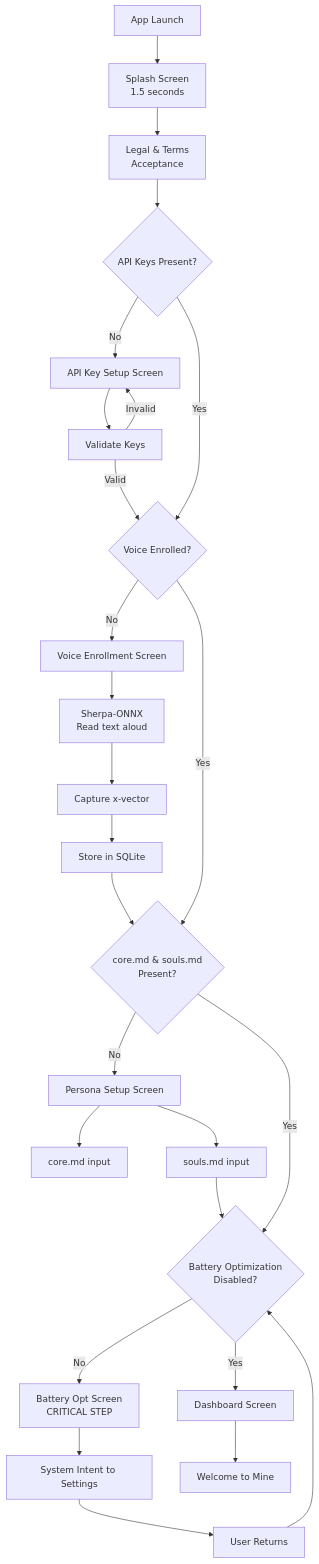
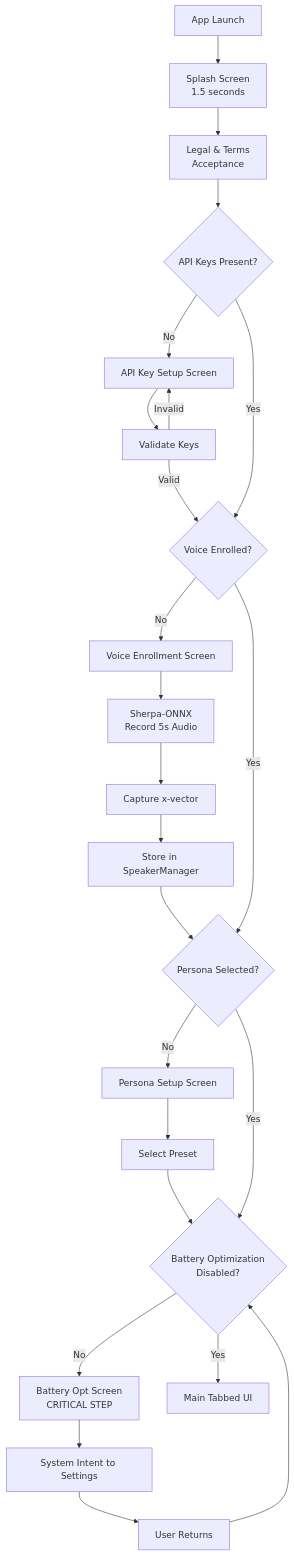
One commit to AtharvRG/Mine changed the diagram in 14 - User Flow_ Onboarding.md. Above: the diagram before and after it, drawn with Mermaid. The commit also changed other lines of this file and 18 other files, not shown here.

Commit message:
Update infrastructure and architecture documentation to reflect new system design, including the 3-Key Architecture for API usage, local vector database integration, and updated component stack.

````diff
--- a/14 - User Flow_ Onboarding.md
+++ b/14 - User Flow_ Onboarding.md
@@ -5,31 +5,29 @@
 ```mermaid
 flowchart TD
-  A[App Launch] --> B[Splash Screen<br/>1.5 seconds]
-  B --> C[Legal & Terms<br/>Acceptance]
-  C --> D{API Keys Present?}
-  D -->|No| E[API Key Setup Screen]
-  E --> F[Validate Keys]
-  F -->|Invalid| E
-  F -->|Valid| G{Voice Enrolled?}
-  D -->|Yes| G
+A[App Launch] --> B[Splash Screen<br/>1.5 seconds]
+B --> C[Legal & Terms<br/>Acceptance]
+C --> D{API Keys Present?}
+D -->|No| E[API Key Setup Screen]
+E --> F[Validate Keys]
+F -->|Invalid| E
+F -->|Valid| G{Voice Enrolled?}
+D -->|Yes| G
 
-  G -->|No| H[Voice Enrollment Screen]
-  H --> I[Sherpa-ONNX<br/>Read text aloud]
-  I --> J[Capture x-vector]
-  J --> K[Store in SQLite]
-  K --> L{core.md & souls.md<br/>Present?}
-  G -->|Yes| L
+G -->|No| H[Voice Enrollment Screen]
+H --> I[Sherpa-ONNX<br/>Record 5s Audio]
+I --> J[Capture x-vector]
+J --> K[Store in SpeakerManager]
+K --> L{Persona Selected?}
+G -->|Yes| L
 
-  L -->|No| M[Persona Setup Screen]
-  M --> N[core.md input]
-  M --> O[souls.md input]
-  O --> P{Battery Optimization<br/>Disabled?}
-  L -->|Yes| P
+L -->|No| M[Persona Setup Screen]
+M --> N[Select Preset]
+N --> O{Battery Optimization<br/>Disabled?}
+L -->|Yes| O
 
-  P -->|No| Q[Battery Opt Screen<br/>CRITICAL STEP]
-  Q --> R[System Intent to Settings]
-  R --> S[User Returns]
-  S --> P
-  P -->|Yes| T[Dashboard Screen]
-  T --> U[Welcome to Mine]
+O -->|No| P[Battery Opt Screen<br/>CRITICAL STEP]
+P --> Q[System Intent to Settings]
+Q --> R[User Returns]
+R --> O
+O -->|Yes| S[Main Tabbed UI]
 ```
````
